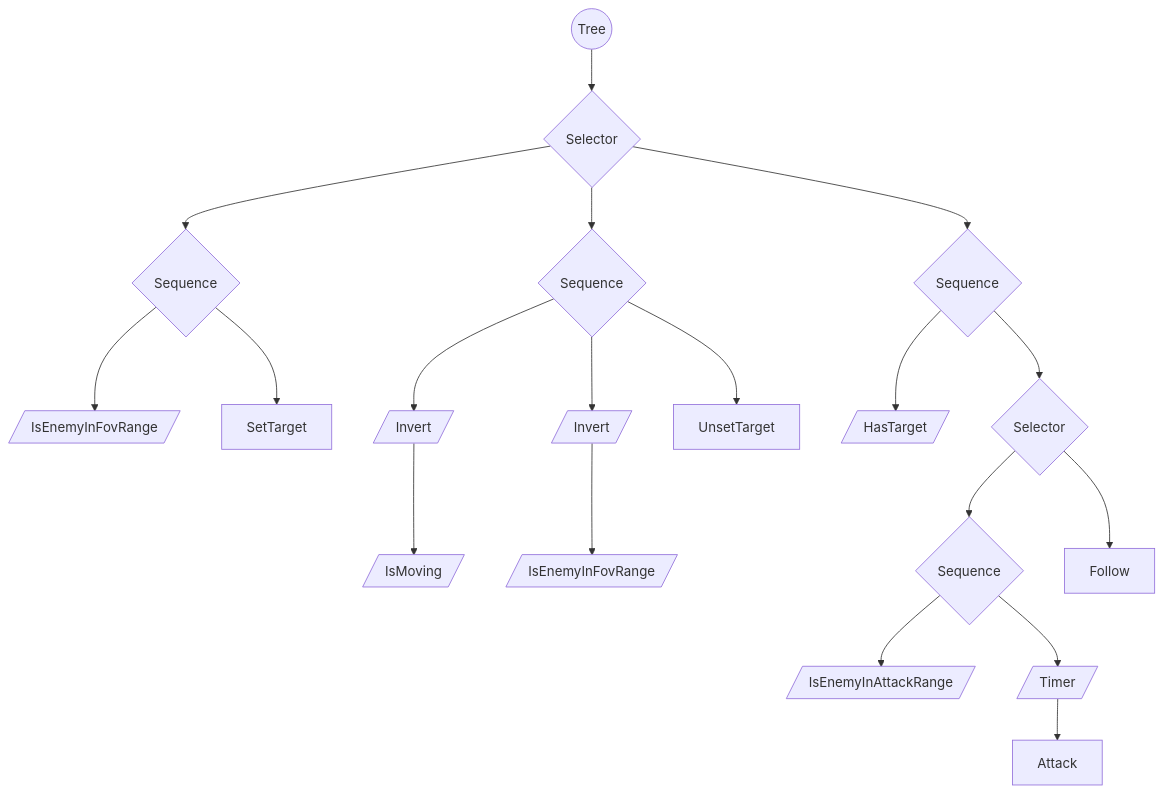
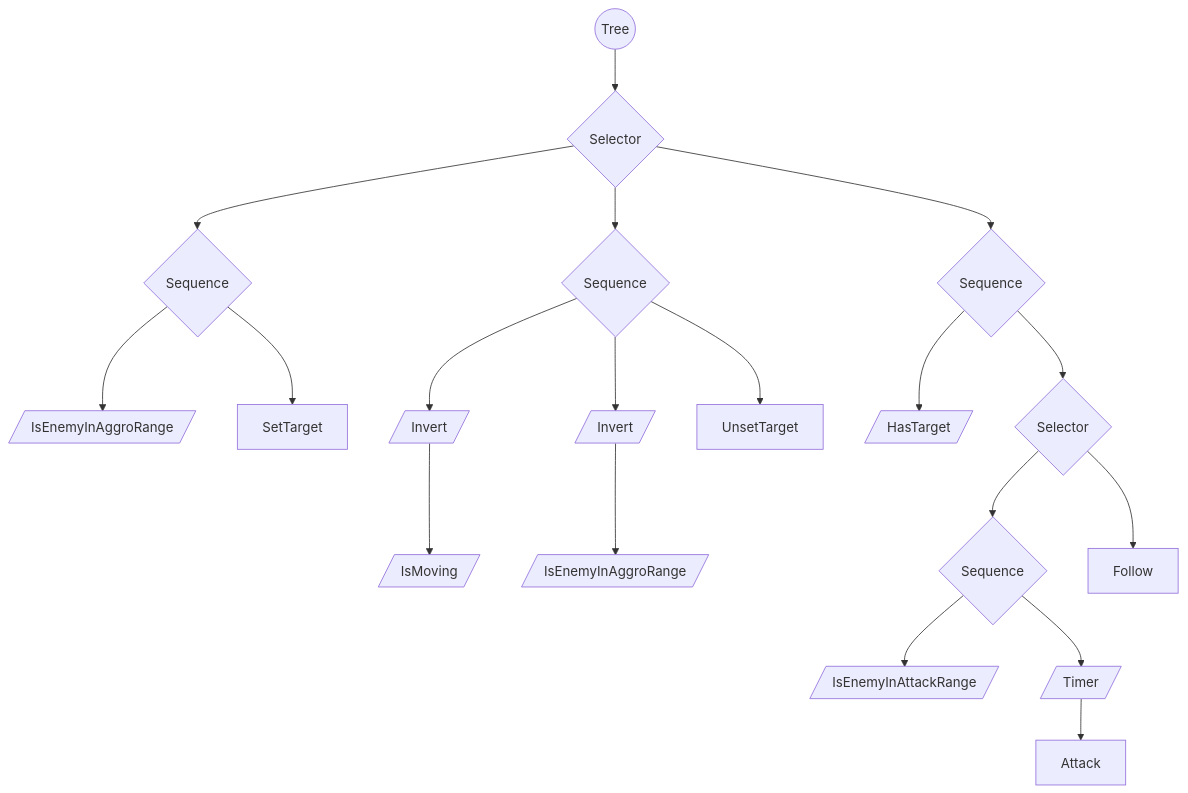
Before and after one commit to stevensnoeijen/DraculaReignOfTerrorRemake: the second of 2 diagrams in BEHAVIOURTREES.md, drawn with Mermaid.

Commit message:
doc: rename IsEnemyInFovRange to IsEnemyInAggroRange

````diff
--- a/BEHAVIOURTREES.md
+++ b/BEHAVIOURTREES.md
@@ -15,42 +15,42 @@
 ```mermaid
 flowchart TD
 Tree((Tree))
   Selector1{Selector}
     Sequence1{Sequence}
-      IsEnemyInFovRange1[/IsEnemyInFovRange/]
+      IsEnemyInAggroRange1[/IsEnemyInAggroRange/]
       SetTarget[SetTarget]
     Sequence2{Sequence}
       Inverter1[/Invert/]
         IsMoving[/IsMoving/]
       Inverter2[/Invert/]
-        IsEnemyInFovRange2[/IsEnemyInFovRange/]
+        IsEnemyInFovRange2[/IsEnemyInAggroRange/]
       UnsetTarget[UnsetTarget]
     Sequence3{Sequence}
       HasTarget[/HasTarget/]
       Selector2{Selector}
         Sequence4{Sequence}
         IsEnemyInAttackRange[/IsEnemyInAttackRange/]
         Timer[/Timer/]
           Attack[Attack]
         Follow[Follow]
 
 Tree --> Selector1
   Selector1 --> Sequence1
-    Sequence1 --> IsEnemyInFovRange1
+    Sequence1 --> IsEnemyInAggroRange1
     Sequence1 --> SetTarget
   Selector1 --> Sequence2
     Sequence2 --> Inverter1
     Inverter1 --> IsMoving
     Sequence2 --> Inverter2
       Inverter2 --> IsEnemyInFovRange2
     Sequence2 --> UnsetTarget
   Selector1 --> Sequence3
     Sequence3 --> HasTarget
     Sequence3 --> Selector2
       Selector2 --> Sequence4
         Sequence4 --> IsEnemyInAttackRange
         Sequence4 --> Timer
           Timer --> Attack
       Selector2 --> Follow
  
 ```
````
